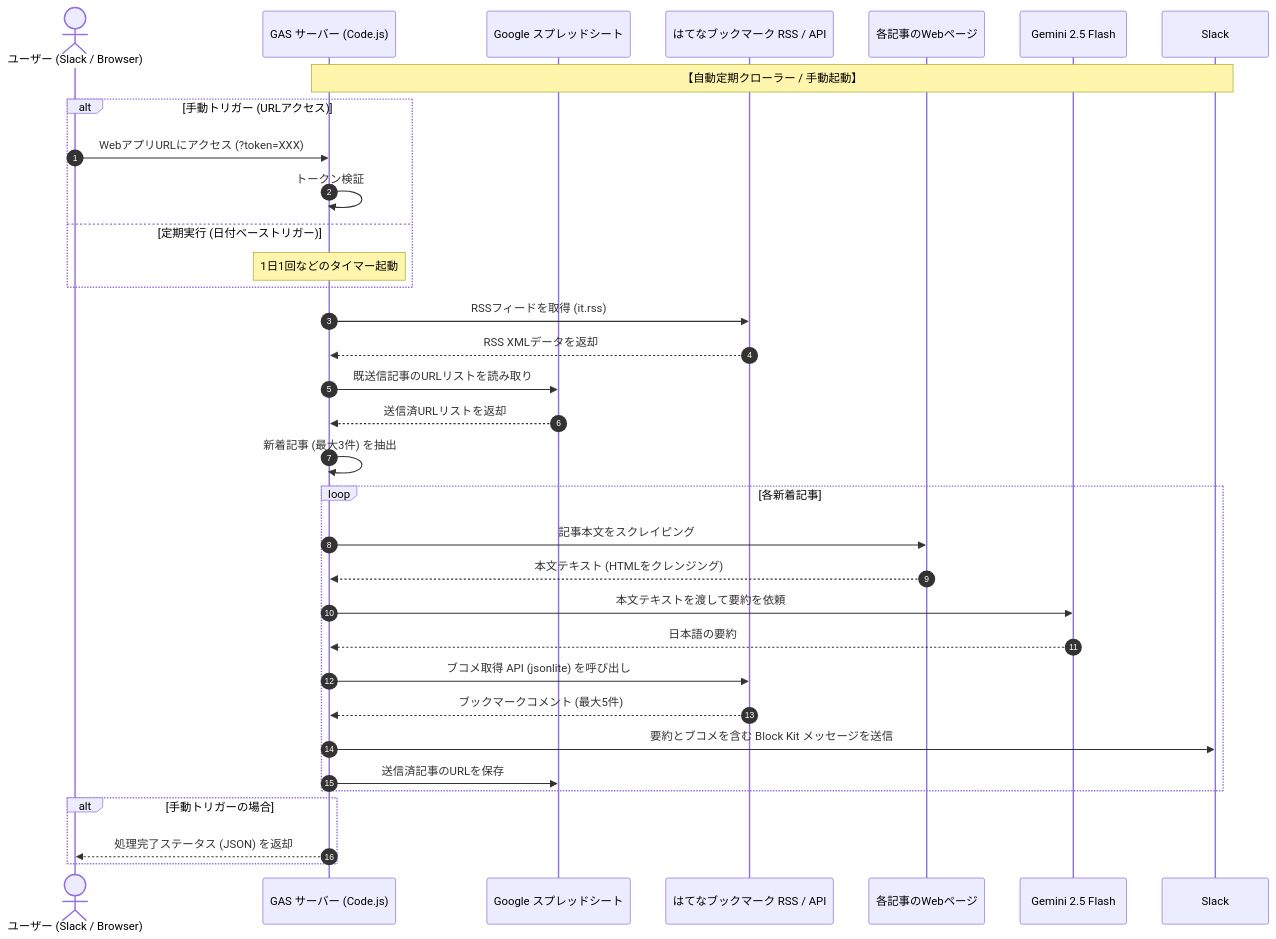
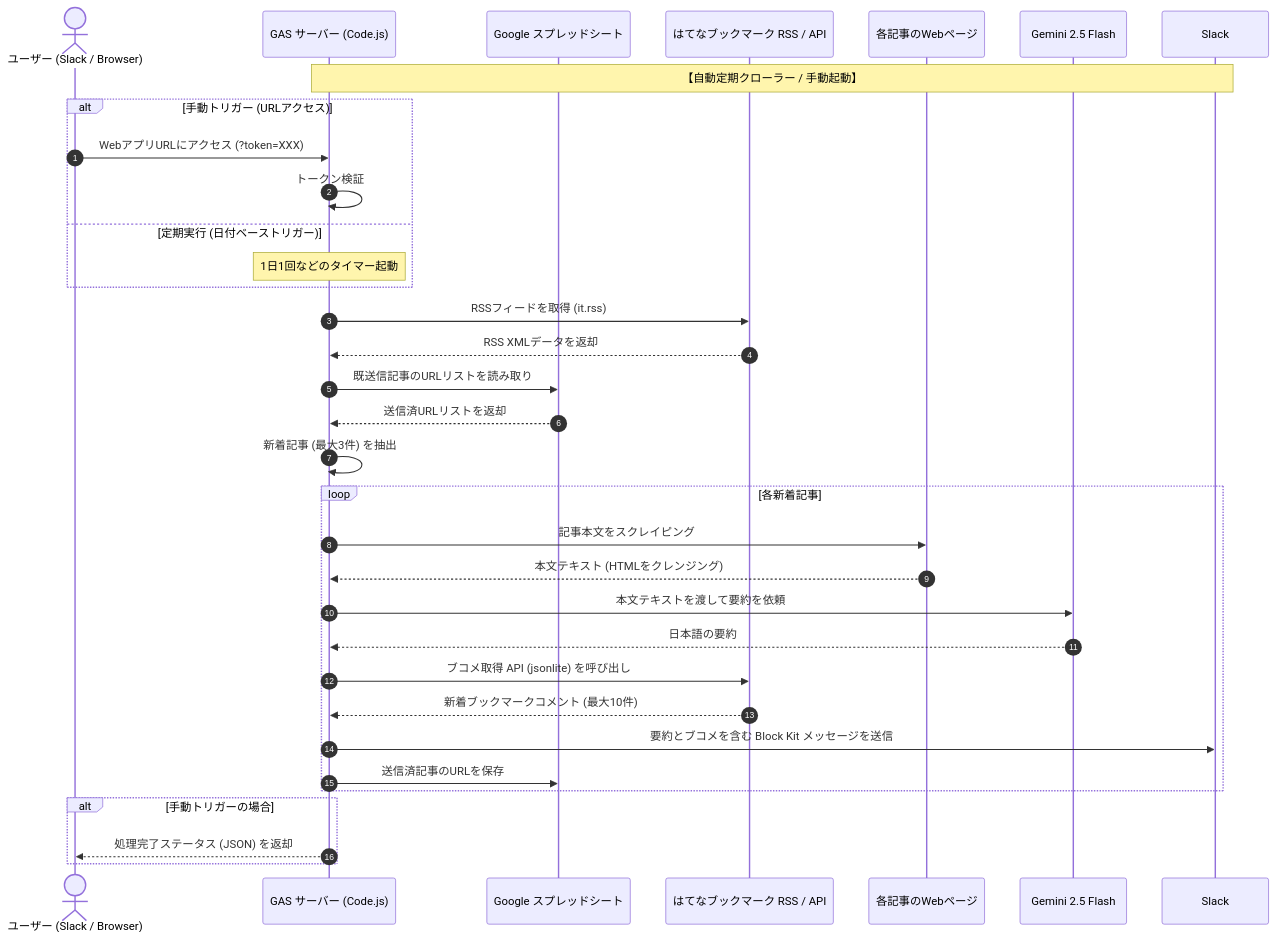
Before and after one commit to lightyield/ai-hatebu-digest: the diagram in README.md, drawn with Mermaid. The commit also changed other lines of this file and 2 other files, not shown here.

````diff
--- a/README.md
+++ b/README.md
@@ -9,40 +9,40 @@
 ```mermaid
 sequenceDiagram
     autonumber
     actor User as ユーザー (Slack / Browser)
     participant GAS as GAS サーバー (Code.js)
     participant Sheet as Google スプレッドシート
     participant Hatebu as はてなブックマーク RSS / API
     participant WebPage as 各記事のWebページ
     participant Gemini as Gemini 2.5 Flash
     participant Slack as Slack
 
     Note over GAS, Slack: 【自動定期クローラー / 手動起動】
     alt 手動トリガー (URLアクセス)
         User->>GAS: WebアプリURLにアクセス (?token=XXX)
         GAS->>GAS: トークン検証
     else 定期実行 (日付ベーストリガー)
         Note over GAS: 1日1回などのタイマー起動
     end
 
     GAS->>Hatebu: RSSフィードを取得 (it.rss)
     Hatebu-->>GAS: RSS XMLデータを返却
     GAS->>Sheet: 既送信記事のURLリストを読み取り
     Sheet-->>GAS: 送信済URLリストを返却
     GAS->>GAS: 新着記事 (最大3件) を抽出
     
     loop 各新着記事
         GAS->>WebPage: 記事本文をスクレイピング
         WebPage-->>GAS: 本文テキスト (HTMLをクレンジング)
         GAS->>Gemini: 本文テキストを渡して要約を依頼
         Gemini-->>GAS: 日本語の要約
         GAS->>Hatebu: ブコメ取得 API (jsonlite) を呼び出し
-        Hatebu-->>GAS: ブックマークコメント (最大5件)
+        Hatebu-->>GAS: 新着ブックマークコメント (最大10件)
         GAS->>Slack: 要約とブコメを含む Block Kit メッセージを送信
         GAS->>Sheet: 送信済記事のURLを保存
     end
 
     alt 手動トリガーの場合
         GAS-->>User: 処理完了ステータス (JSON) を返却
     end
 ```
````
